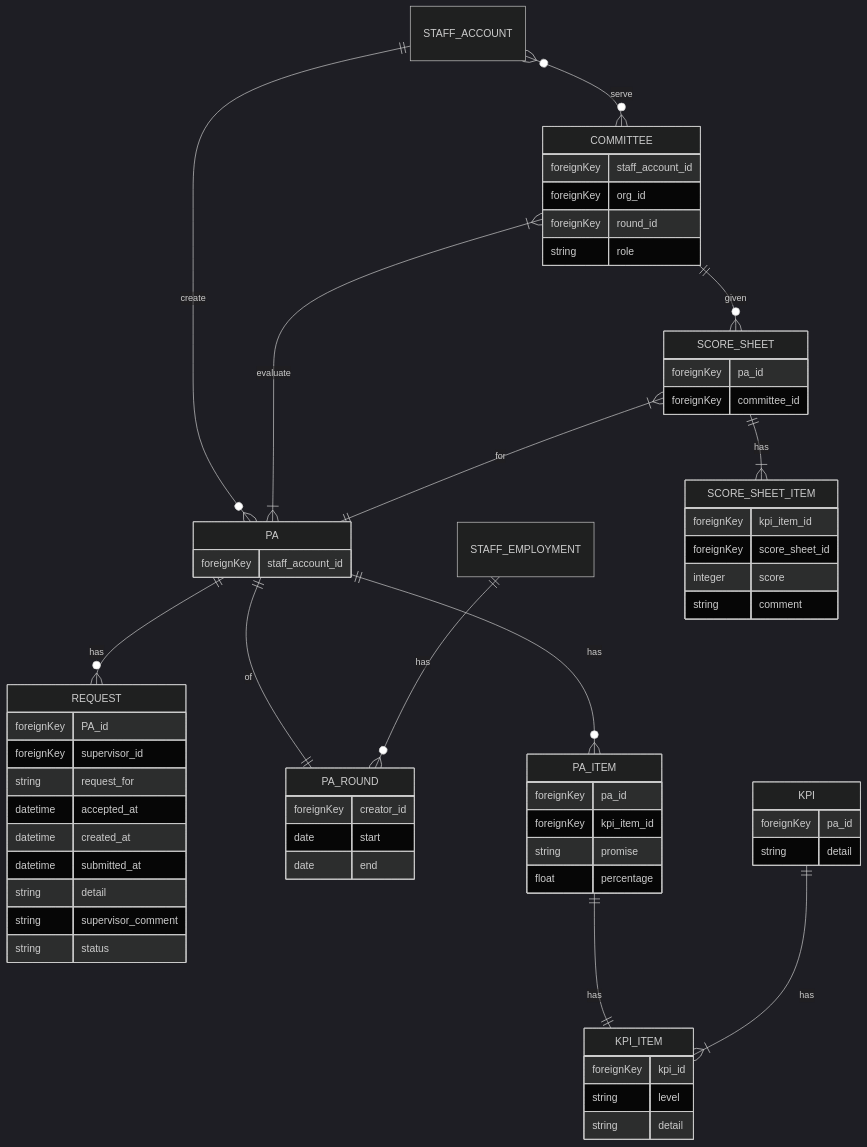
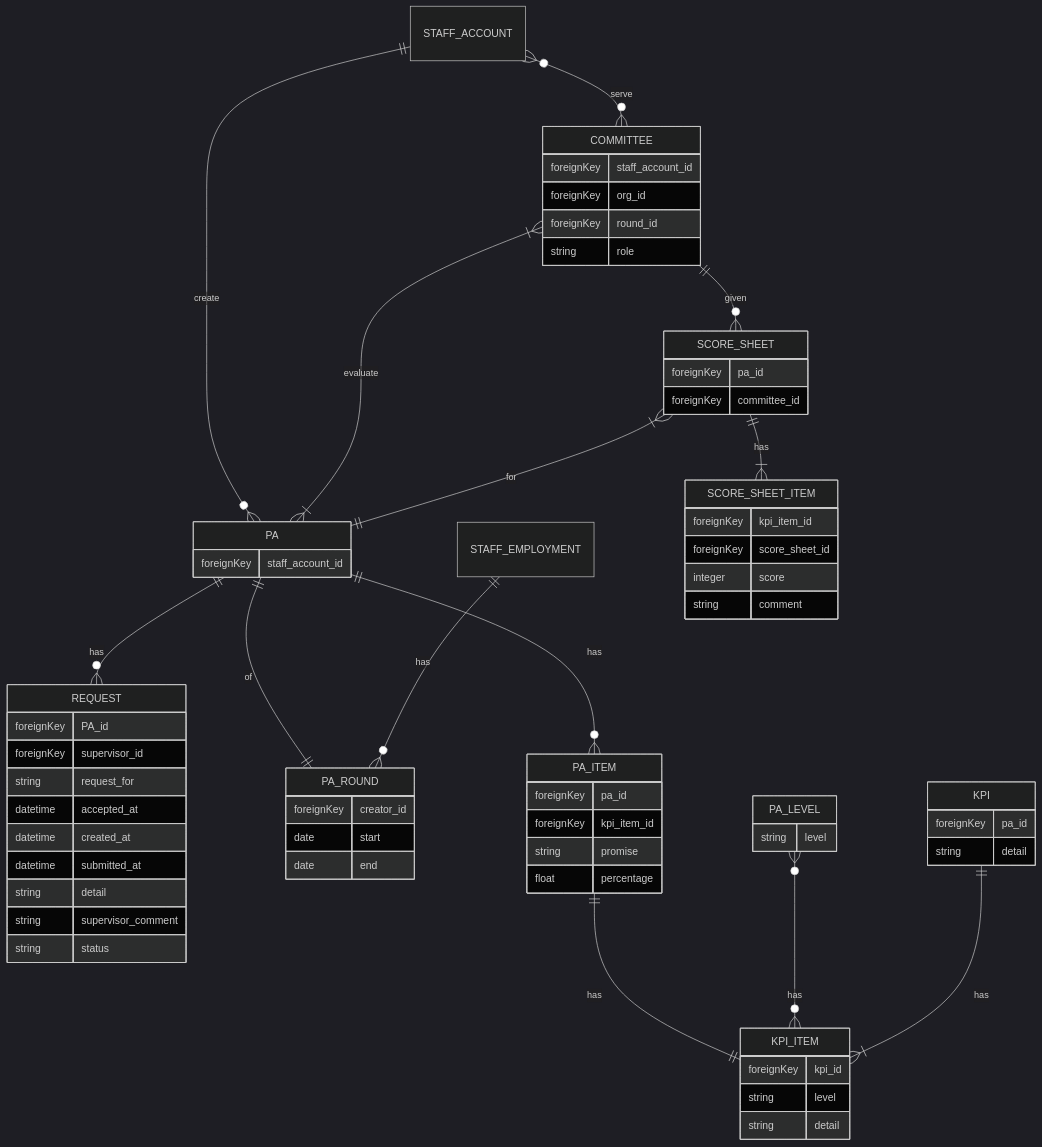
Before and after one commit to MUMT-IT/mis2018: the diagram in diagrams/performance-class-diagram.md, drawn with Mermaid (dark theme).

Commit message:
updated diagram

```diff
--- a/diagrams/performance-class-diagram.md
+++ b/diagrams/performance-class-diagram.md
@@ -11,6 +11,11 @@
     SCORE_SHEET ||--|{ SCORE_SHEET_ITEM : has
     PA ||--o{ PA_ITEM : has
     PA_ITEM ||--|| KPI_ITEM : has
+    PA_LEVEL }o--o{ KPI_ITEM : has
+    
+    PA_LEVEL {
+        string level
+    }
     
     KPI ||--|{ KPI_ITEM : has
     
```
